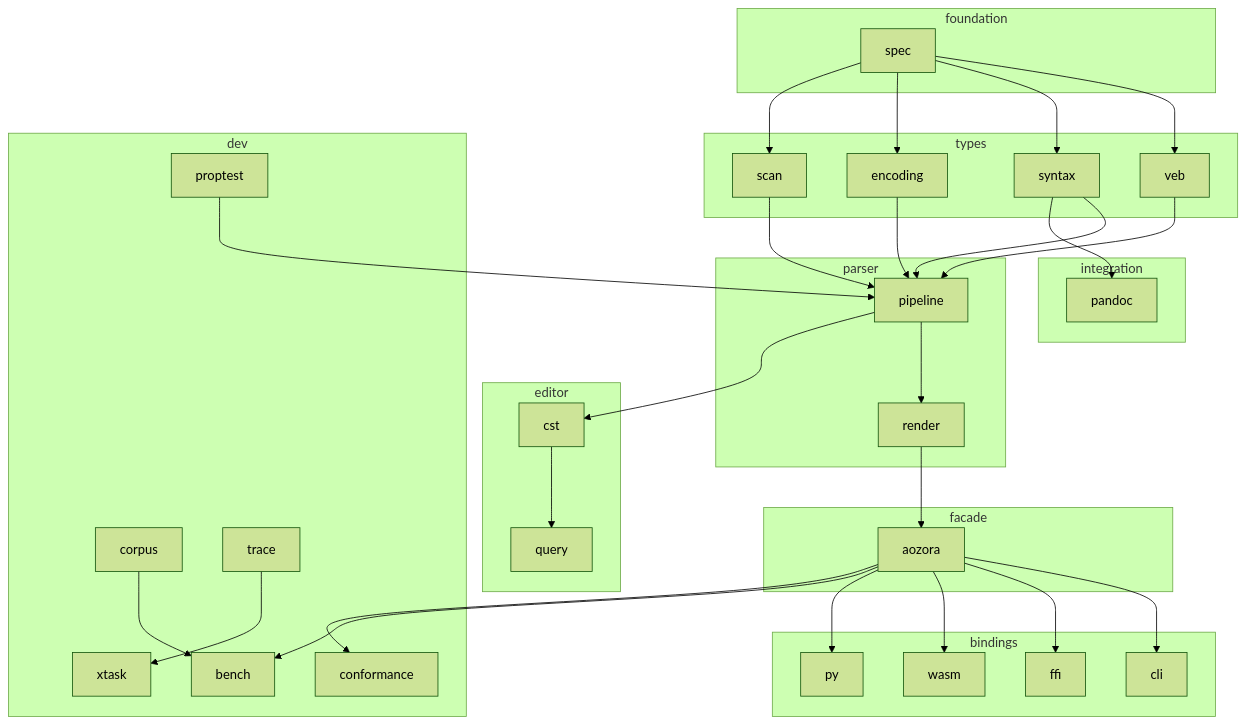
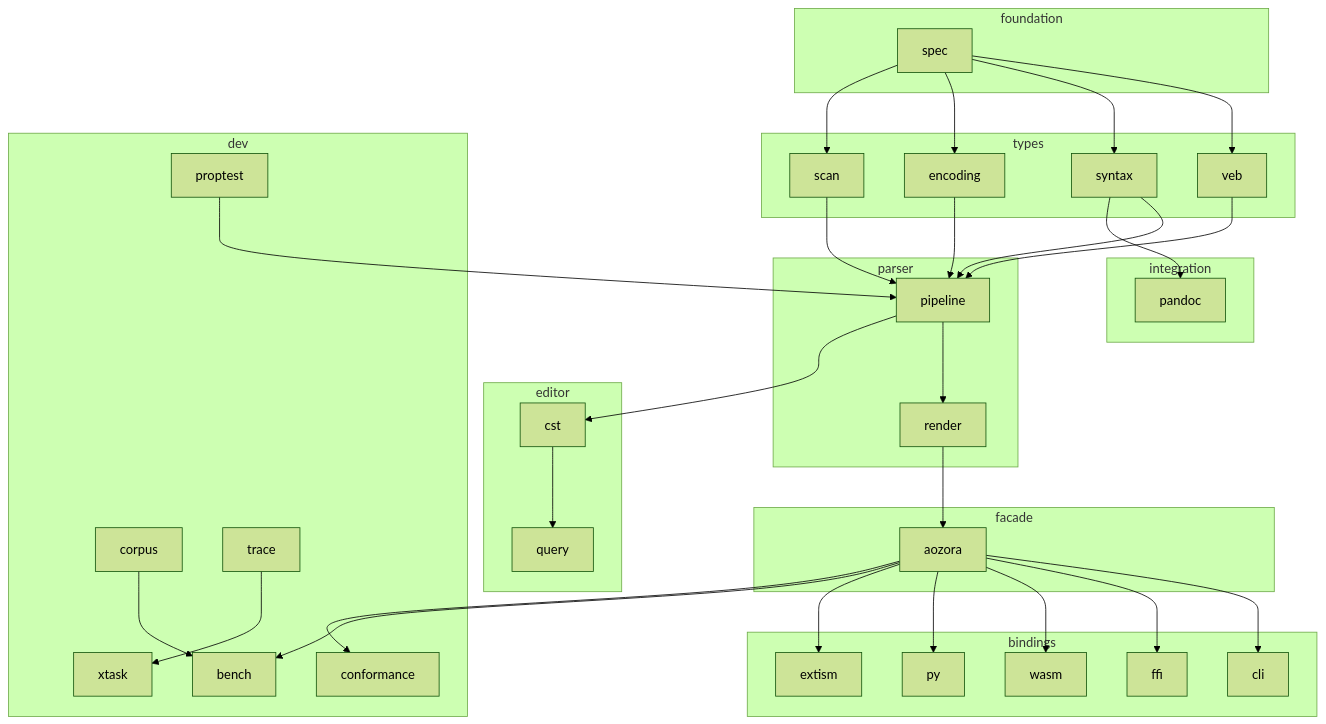
Before and after one commit to P4suta/aozora: the diagram in crates/aozora-book/src/arch/crates.md, drawn with Mermaid (forest theme). The commit also changed other lines of this file and 174 other files, not shown here.

````diff
--- a/crates/aozora-book/src/arch/crates.md
+++ b/crates/aozora-book/src/arch/crates.md
@@ -11,63 +11,65 @@
 ```mermaid
 flowchart TD
     subgraph foundation
       spec
     end
     subgraph types
       veb
       syntax
       encoding
       scan
     end
     subgraph parser
       pipeline
       render
     end
     subgraph editor
       cst
       query
     end
     subgraph integration
       pandoc
     end
     subgraph facade
       aozora_facade["aozora"]
     end
     subgraph bindings
       cli
       ffi
       wasm
       py
+      extism
     end
     subgraph dev
       bench
       conformance
       corpus
       proptest
       trace
       xtask
     end
 
     spec --> veb
     spec --> syntax
     spec --> encoding
     spec --> scan
     veb --> pipeline
     syntax --> pipeline
     encoding --> pipeline
     scan --> pipeline
     pipeline --> render
     render --> aozora_facade
     aozora_facade --> cli
     aozora_facade --> ffi
     aozora_facade --> wasm
     aozora_facade --> py
+    aozora_facade --> extism
     aozora_facade --> bench
     pipeline --> cst
     cst --> query
     syntax --> pandoc
     aozora_facade --> conformance
     corpus --> bench
     proptest --> pipeline
     trace --> xtask
 ```
````
